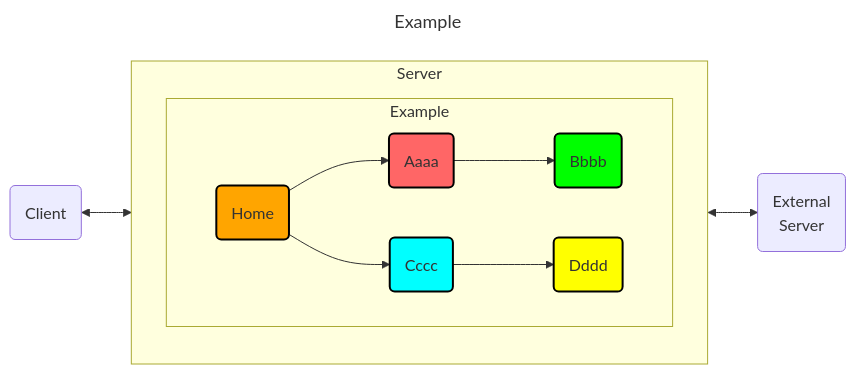
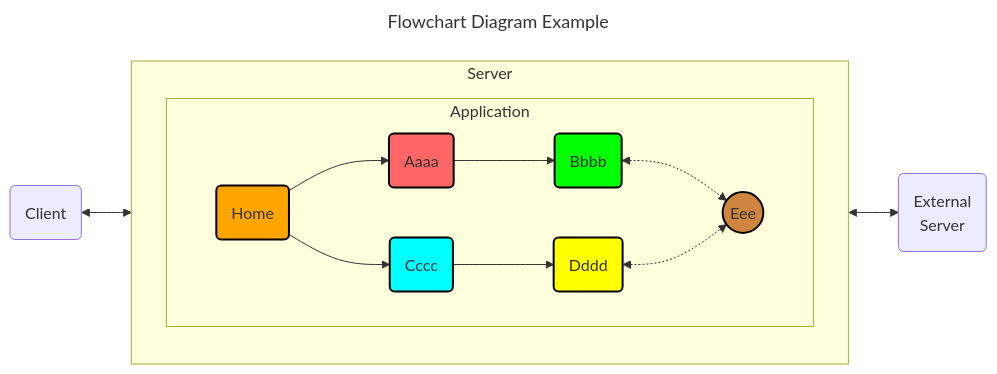
The diagram in files/flowchart-diagrams.md (Ee-Cs/Ee-Cs.github.io), drawn with Mermaid before and after one commit. The commit also changed 4 other files, not shown here.

````diff
--- a/files/flowchart-diagrams.md
+++ b/files/flowchart-diagrams.md
@@ -3,32 +3,36 @@
 ```mermaid
 ---
-title: Example
+title: Flowchart Diagram Example
 ---
 flowchart LR
   HOME(Home):::orangeBox
   A(Aaaa):::redBox
   B(Bbbb):::greenBox
   C(Cccc):::cyanBox
   D(Dddd):::yellowBox
+  E((Eee)):::brownBox
   CLI("Client")
   SRV("External<br>Server")
 %% Flows
   subgraph Server
-    subgraph "Example"
+    subgraph "Application"
       HOME --> A
       HOME --> C
       A --> B
       C --> D
+      B <.-> E
+      D <.-> E	  
     end
   end
 
   CLI <--> Server <--> SRV
 %% Links Definitions
   click HOME "http://www.example.com" _blank
 %% Style Definitions
   classDef redBox fill: #ff6666, stroke: #000, stroke-width: 2px
   classDef greenBox fill: #00ff00, stroke: #000, stroke-width: 2px
   classDef cyanBox fill: #00ffff, stroke: #000, stroke-width: 2px
   classDef yellowBox fill: #ffff00, stroke: #000, stroke-width: 2px
   classDef orangeBox  fill: #ffa500,stroke: #000, stroke-width:2px
+  classDef brownBox  fill: peru,stroke: #000, stroke-width:2px
 ```
````
